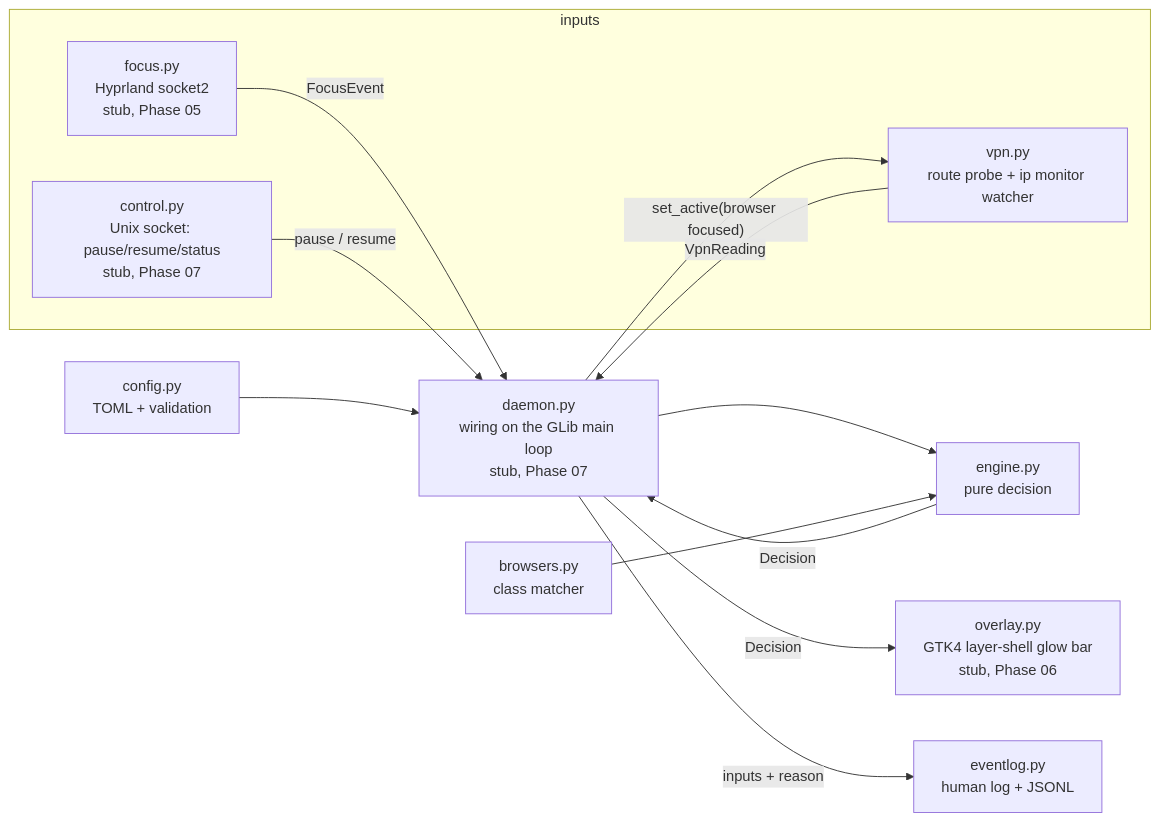
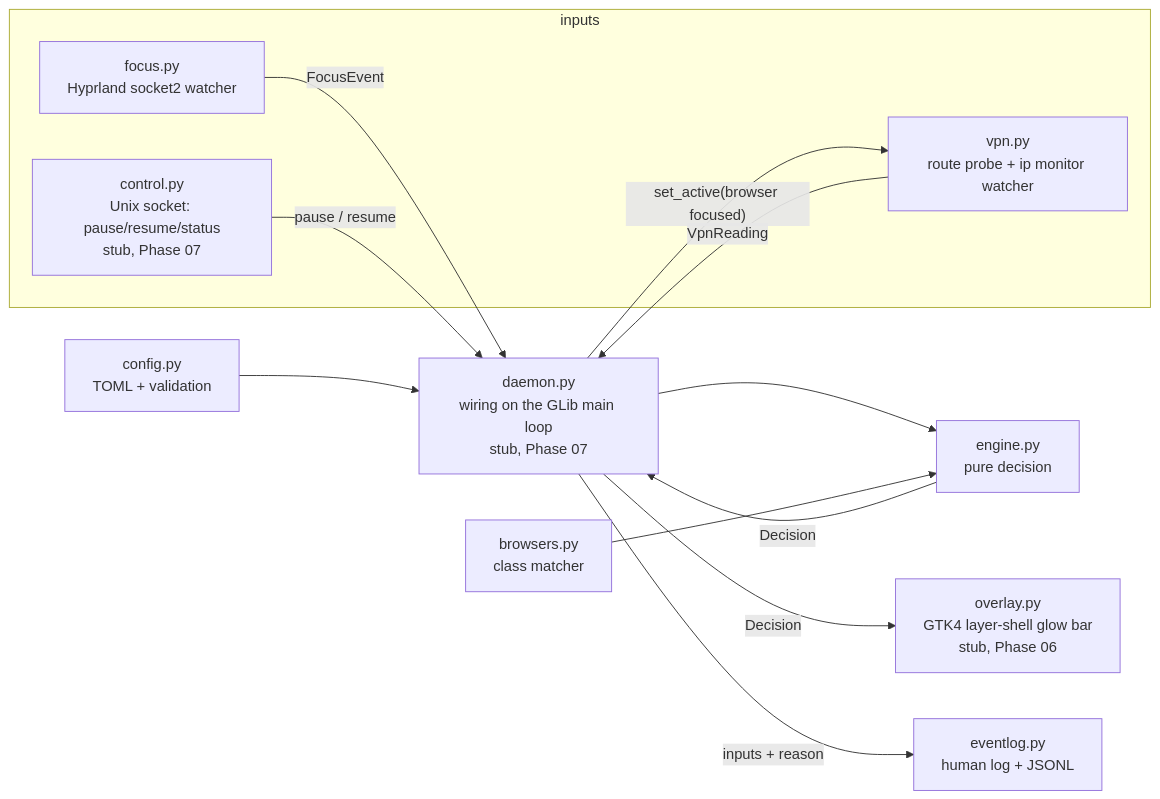
Before and after one commit to antonizick/VPNMonitor: the diagram in docs/VPM_ARCHITECTURE.md, drawn with Mermaid. The commit also changed other lines of this file and 11 other files, not shown here.

Commit message:
feat(focus): Hyprland focus watcher, vpn-monitor focus, ADR-0016

````diff
--- a/docs/VPM_ARCHITECTURE.md
+++ b/docs/VPM_ARCHITECTURE.md
@@ -7,25 +7,25 @@
 ```mermaid
 flowchart LR
     subgraph inputs
-        F[focus.py<br/>Hyprland socket2<br/>stub, Phase 05]
+        F[focus.py<br/>Hyprland socket2 watcher]
         V[vpn.py<br/>route probe + ip monitor watcher]
         C[control.py<br/>Unix socket: pause/resume/status<br/>stub, Phase 07]
     end
     E[engine.py<br/>pure decision]
     O[overlay.py<br/>GTK4 layer-shell glow bar<br/>stub, Phase 06]
     L[eventlog.py<br/>human log + JSONL]
     D[daemon.py<br/>wiring on the GLib main loop<br/>stub, Phase 07]
     B[browsers.py<br/>class matcher]
     CFG[config.py<br/>TOML + validation]
 
     F -- FocusEvent --> D
     V -- VpnReading --> D
     C -- pause / resume --> D
     D --> E
     B --> E
     CFG --> D
     E -- Decision --> D
     D -- Decision --> O
     D -- inputs + reason --> L
     D -- set_active(browser focused) --> V
 ```
````
